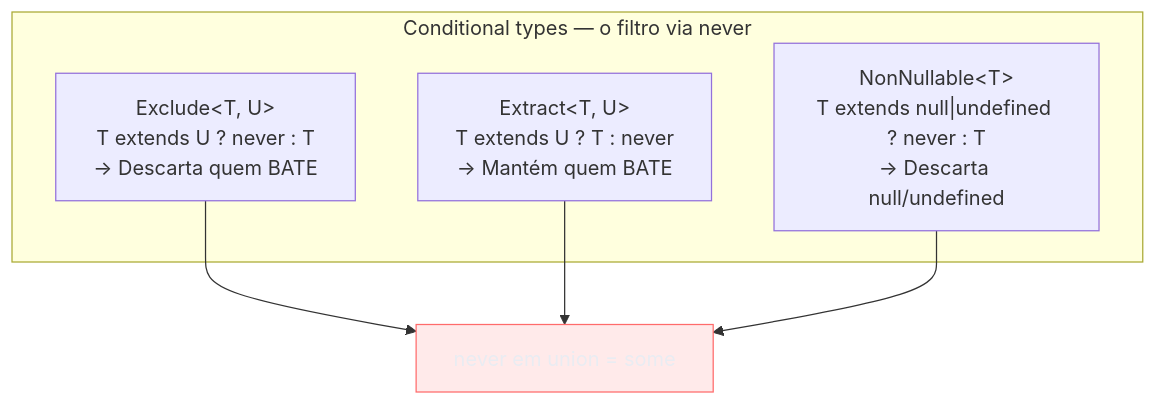
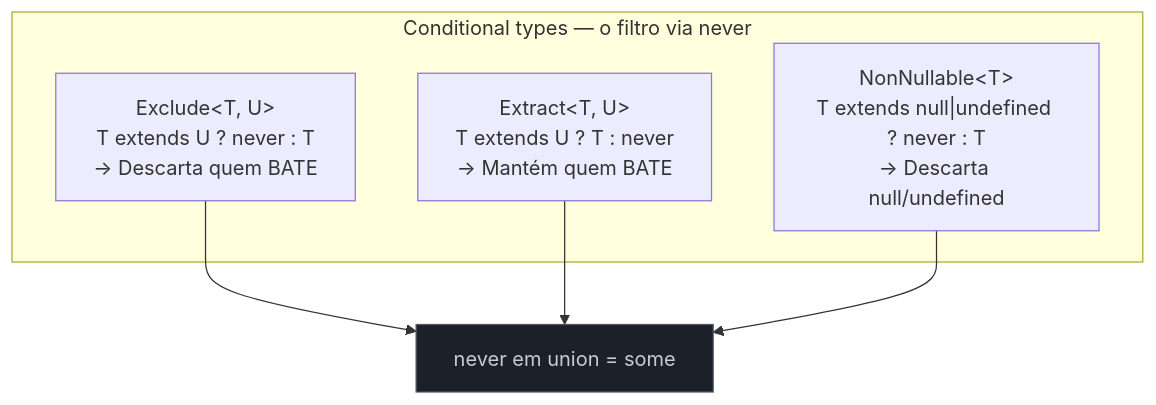
The third of 6 diagrams in 03-Dominios/Tecnologia/TypeScript/18 - Utility types - e como reconstruí-los.md (josenaldo/codex-technomanticus), drawn with Mermaid before and after one commit. The commit also changed other lines of this file and 601 other files, not shown here.

````diff
--- a/03-Dominios/Tecnologia/TypeScript/18 - Utility types - e como reconstruí-los.md
+++ b/03-Dominios/Tecnologia/TypeScript/18 - Utility types - e como reconstruí-los.md
@@ -320,16 +319,16 @@
 ```mermaid
 flowchart TD
-    classDef falha fill:#FF6B6B24,stroke:#FF6B6B,color:#E9ECF2
+    classDef neutro fill:#1B2029,stroke:#4E5666,color:#C6CCD8
     subgraph "Conditional types — o filtro via never"
         EX["Exclude&lt;T, U&gt;\nT extends U ? never : T\n→ Descarta quem BATE"]
         ET["Extract&lt;T, U&gt;\nT extends U ? T : never\n→ Mantém quem BATE"]
         NN["NonNullable&lt;T&gt;\nT extends null|undefined ? never : T\n→ Descarta null/undefined"]
     end
 
     NEVER["never em union = some"]
     EX --> NEVER
     ET --> NEVER
     NN --> NEVER
 
-    class NEVER falha
+    class NEVER neutro
 ```
````
